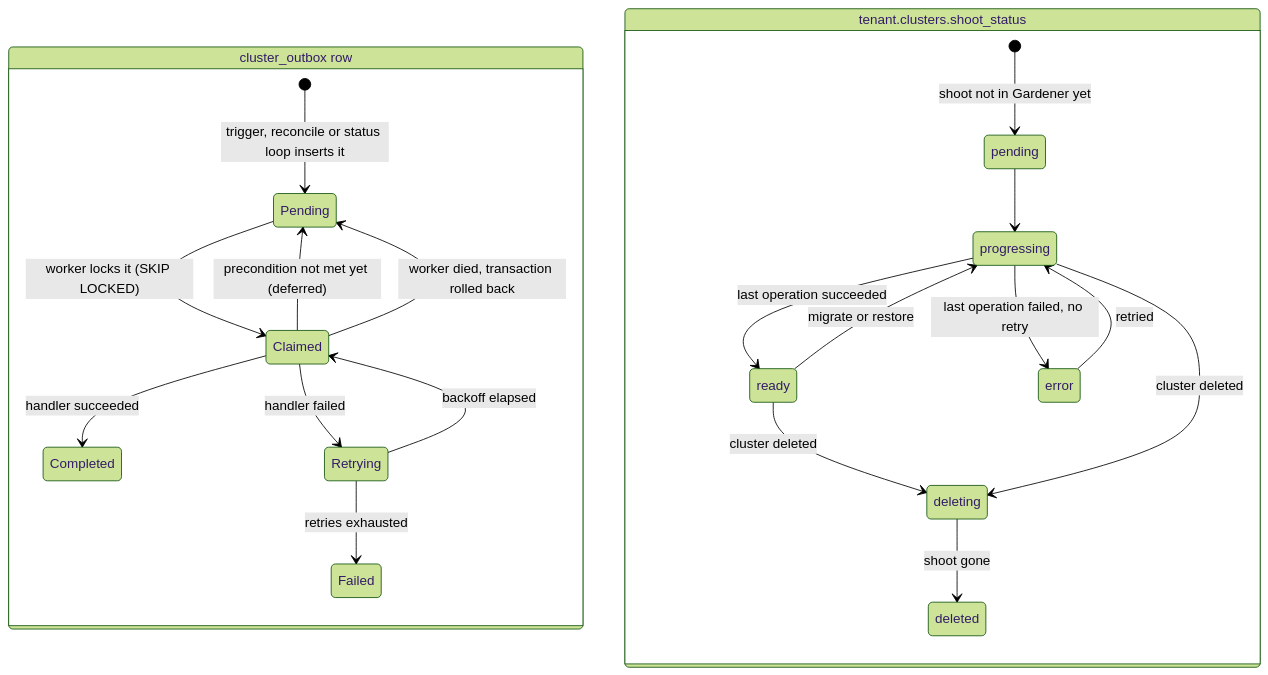
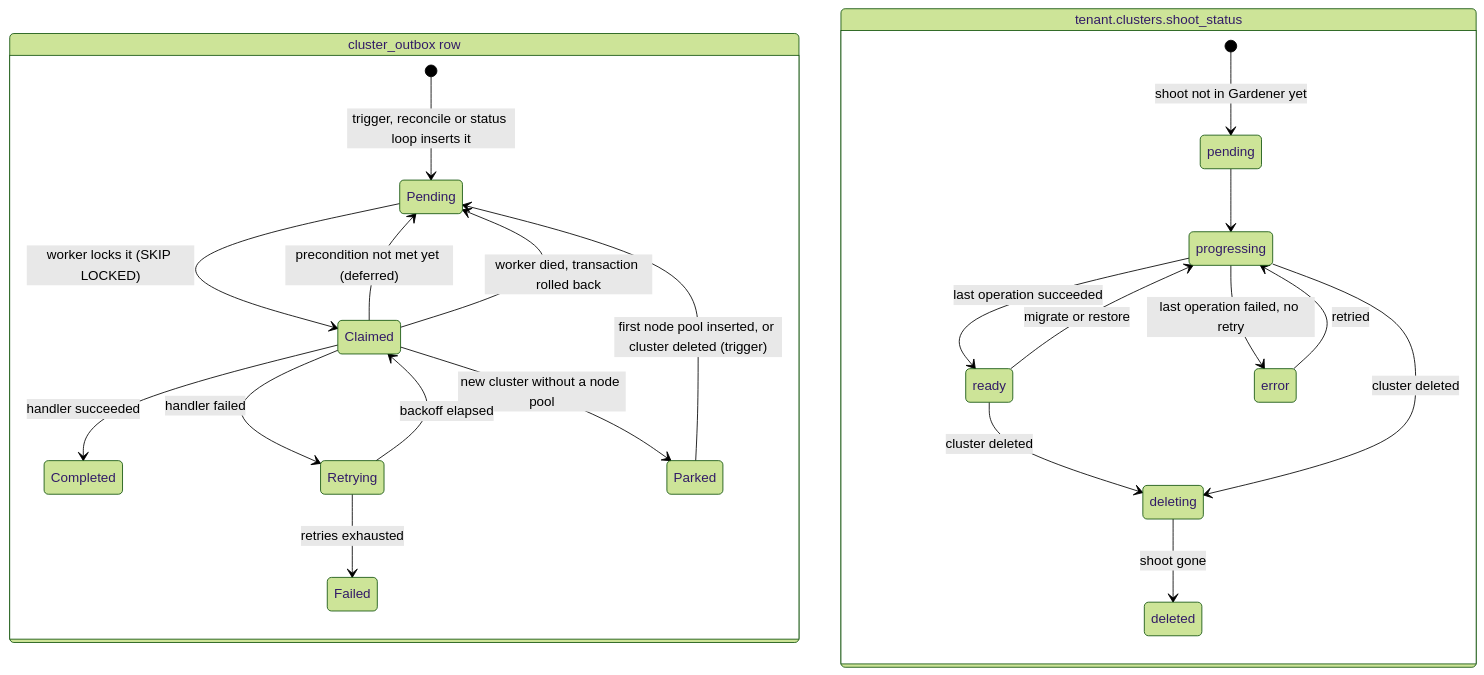
The second of 2 diagrams in cluster-worker/README.md (fundament-oss/fundament), drawn with Mermaid (forest theme) before and after one commit. The commit also changed other lines of this file and 18 other files, not shown here.

````diff
--- a/cluster-worker/README.md
+++ b/cluster-worker/README.md
@@ -95,27 +105,29 @@
 ```mermaid
 stateDiagram-v2
     direction TB
 
     state "cluster_outbox row" as outbox {
         [*] --> Pending: trigger, reconcile or status loop inserts it
         Pending --> Claimed: worker locks it (SKIP LOCKED)
         Claimed --> Completed: handler succeeded
         Claimed --> Retrying: handler failed
         Claimed --> Pending: precondition not met yet (deferred)
+        Claimed --> Parked: new cluster without a node pool
+        Parked --> Pending: first node pool inserted, or cluster deleted (trigger)
         Claimed --> Pending: worker died, transaction rolled back
         Retrying --> Claimed: backoff elapsed
         Retrying --> Failed: retries exhausted
     }
 
     state "tenant.clusters.shoot_status" as status {
         [*] --> pending: shoot not in Gardener yet
         pending --> progressing
         progressing --> ready: last operation succeeded
         progressing --> error: last operation failed, no retry
         error --> progressing: retried
         ready --> progressing: migrate or restore
         ready --> deleting: cluster deleted
         progressing --> deleting: cluster deleted
         deleting --> deleted: shoot gone
     }
 ```
````
